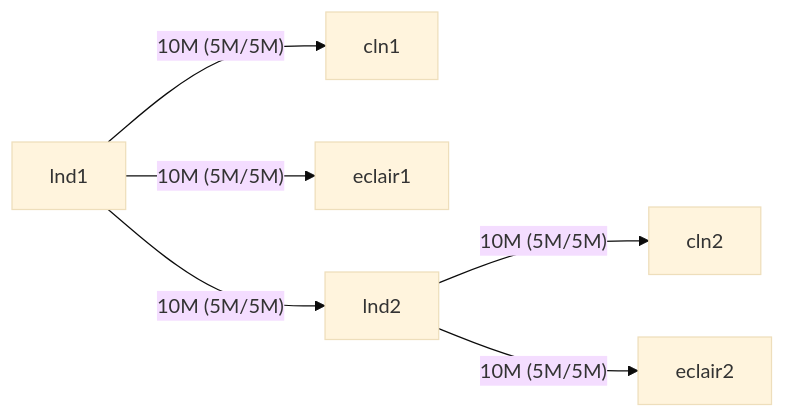
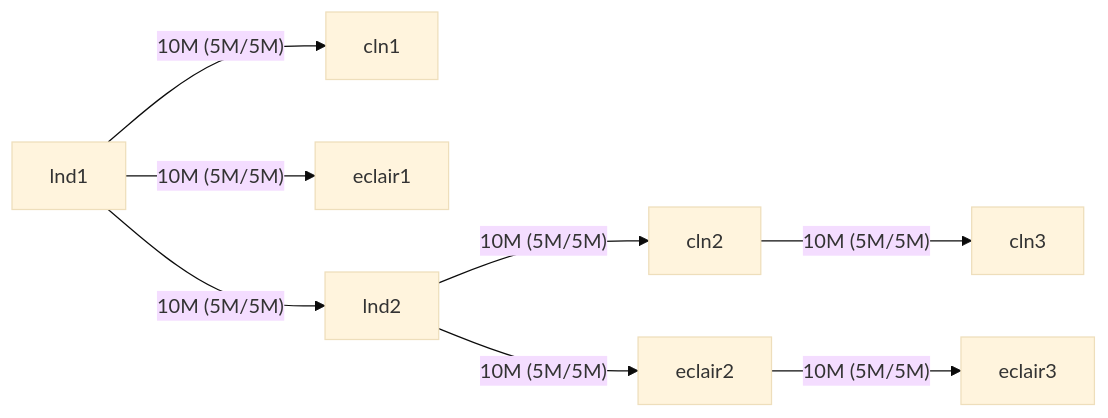
Before and after one commit to LN-Zap/bolt12-playground: the diagram in README.md, drawn with Mermaid (base theme). The commit also changed 3 other files, not shown here.

````diff
--- a/README.md
+++ b/README.md
@@ -37,8 +37,10 @@
 ```mermaid
 graph LR
     lnd1 --10M (5M/5M)--> cln1
     lnd1 --10M (5M/5M)--> eclair1
     lnd1 --10M (5M/5M)--> lnd2
     lnd2 --10M (5M/5M)--> cln2
     lnd2 --10M (5M/5M)--> eclair2
+    cln2 --10M (5M/5M)--> cln3
+    eclair2 --10M (5M/5M)--> eclair3
 ```
````
